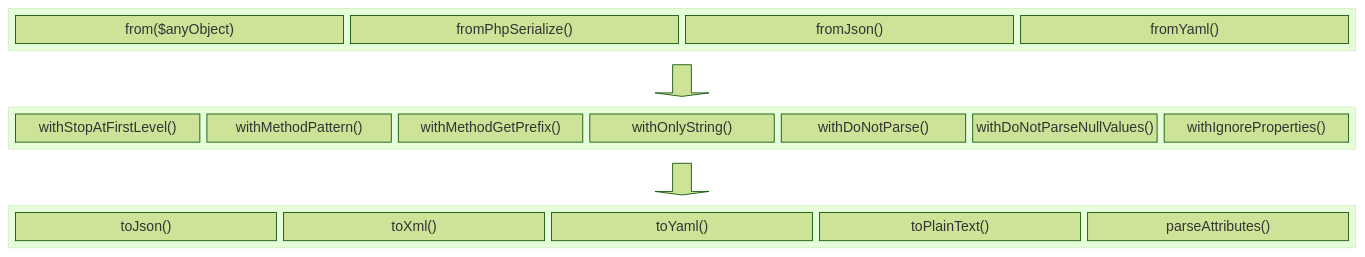
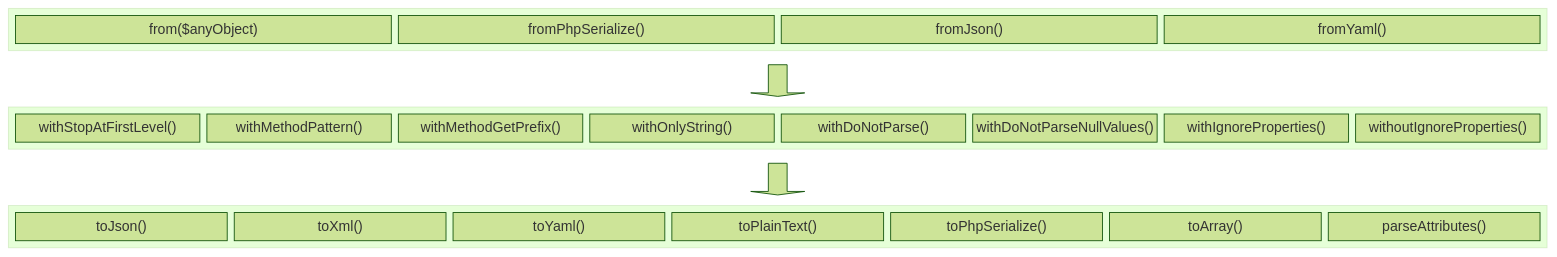
The diagram in docs/serialize.md (byjg/php-serializer), drawn with Mermaid (forest theme) before and after one commit. The commit also changed other lines of this file and 3 other files, not shown here.

````diff
--- a/docs/serialize.md
+++ b/docs/serialize.md
@@ -13,32 +13,35 @@
 ```mermaid
 block-beta
 columns 1
     block:ID
         f1["from($anyObject)"]
         f2["fromPhpSerialize()"]
         f3["fromJson()"]
         f4["fromYaml()"]
     end
     
     down<["&nbsp;&nbsp;&nbsp;"]>(down)
     
     block:Transformers
         t1["withStopAtFirstLevel()"]
         t2["withMethodPattern()"]
         t3["withMethodGetPrefix()"]
         t4["withOnlyString()"]
         t5["withDoNotParse()"]
         t6["withDoNotParseNullValues()"]
         t7["withIgnoreProperties()"]
+        t8["withoutIgnoreProperties()"]
     end
 
     down2<["&nbsp;&nbsp;&nbsp;"]>(down)
 
     block:Output
         o1["toJson()"]
         o2["toXml()"]
         o3["toYaml()"]
         o4["toPlainText()"]
-        o5["parseAttributes()"]
+        o5["toPhpSerialize()"]
+        o6["toArray()"]
+        o7["parseAttributes()"]
     end
 ```
````
